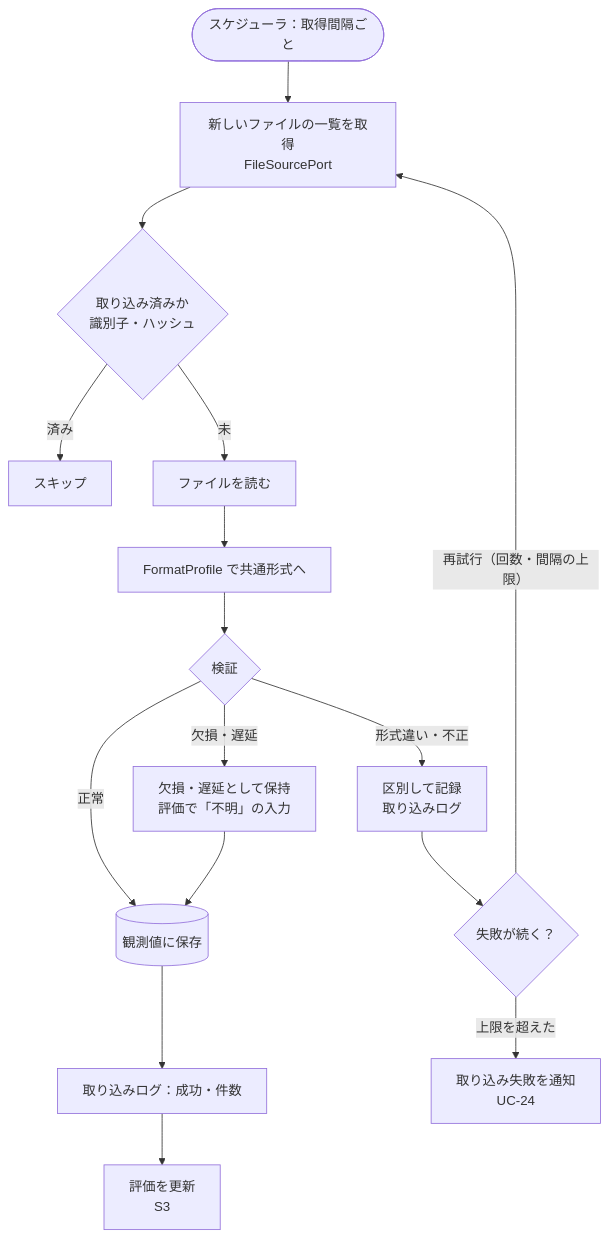
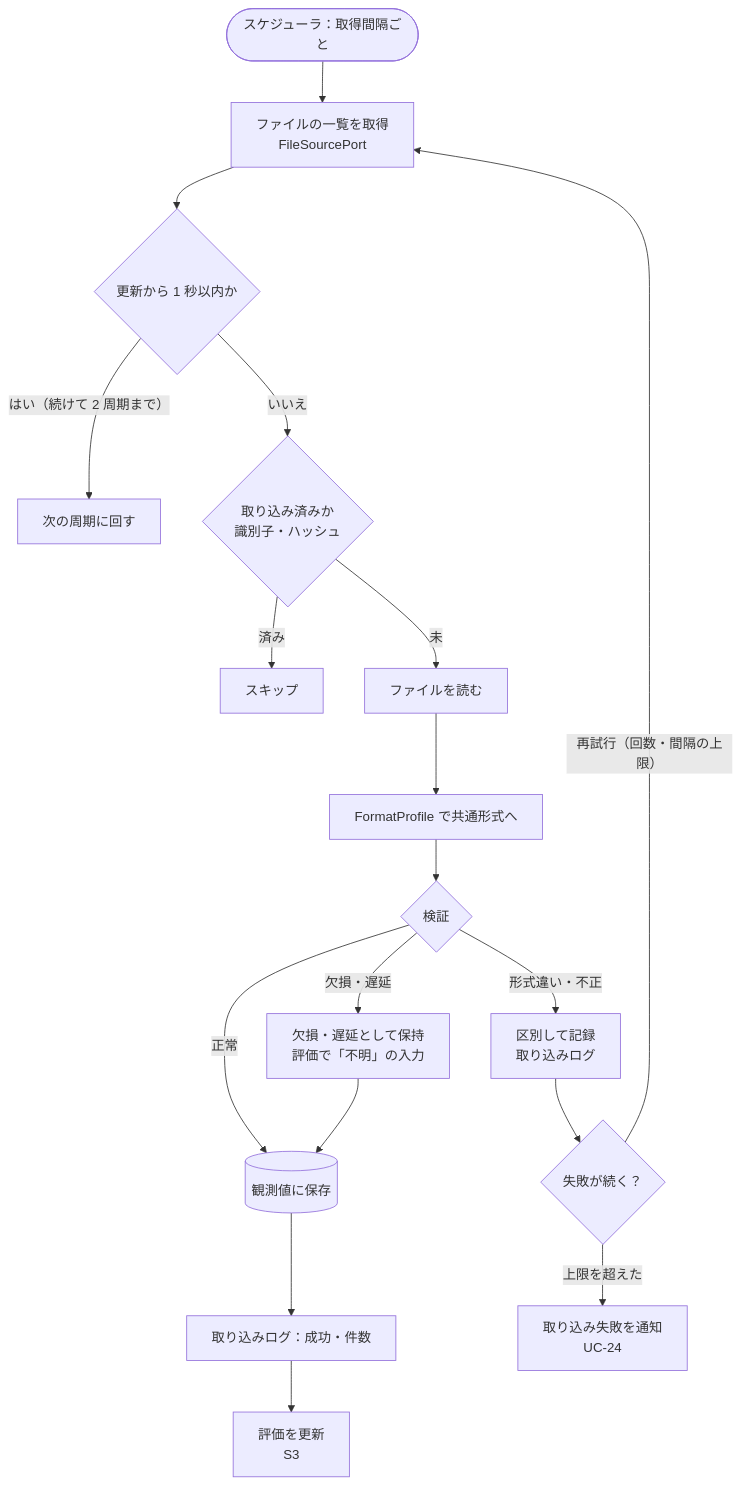
One commit to NS-APU/smart-farm-monitoring changed the second of 6 diagrams in docs/10_design/data/data-flow.md. Above: the diagram before and after it, drawn with Mermaid. The commit also changed 53 other files, not shown here.

````diff
--- a/docs/10_design/data/data-flow.md
+++ b/docs/10_design/data/data-flow.md
@@ -46,18 +46,20 @@
 ```mermaid
 flowchart TB
-  START([スケジューラ：取得間隔ごと]) --> LIST[新しいファイルの一覧を取得<br>FileSourcePort]
-  LIST --> NEW{取り込み済みか<br>識別子・ハッシュ}
+  START([スケジューラ：取得間隔ごと]) --> LIST[ファイルの一覧を取得<br>FileSourcePort]
+  LIST --> RECENT{更新から 1 秒以内か}
+  RECENT -->|はい（続けて 2 周期まで）| DEFER[次の周期に回す]
+  RECENT -->|いいえ| NEW{取り込み済みか<br>識別子・ハッシュ}
   NEW -->|済み| SKIP[スキップ]
   NEW -->|未| READ[ファイルを読む]
   READ --> PARSE[FormatProfile で共通形式へ]
   PARSE --> VAL{検証}
   VAL -->|形式違い・不正| QUAR[区別して記録<br>取り込みログ]
   VAL -->|欠損・遅延| FLAG[欠損・遅延として保持<br>評価で「不明」の入力]
   VAL -->|正常| SAVE[(観測値に保存)]
   FLAG --> SAVE
   SAVE --> LOG[取り込みログ：成功・件数]
   QUAR --> RETRY{失敗が続く？}
   RETRY -->|再試行（回数・間隔の上限）| LIST
   RETRY -->|上限を超えた| FAIL[取り込み失敗を通知<br>UC-24]
   LOG --> EVALTRIG[評価を更新<br>S3]
 ```
````
